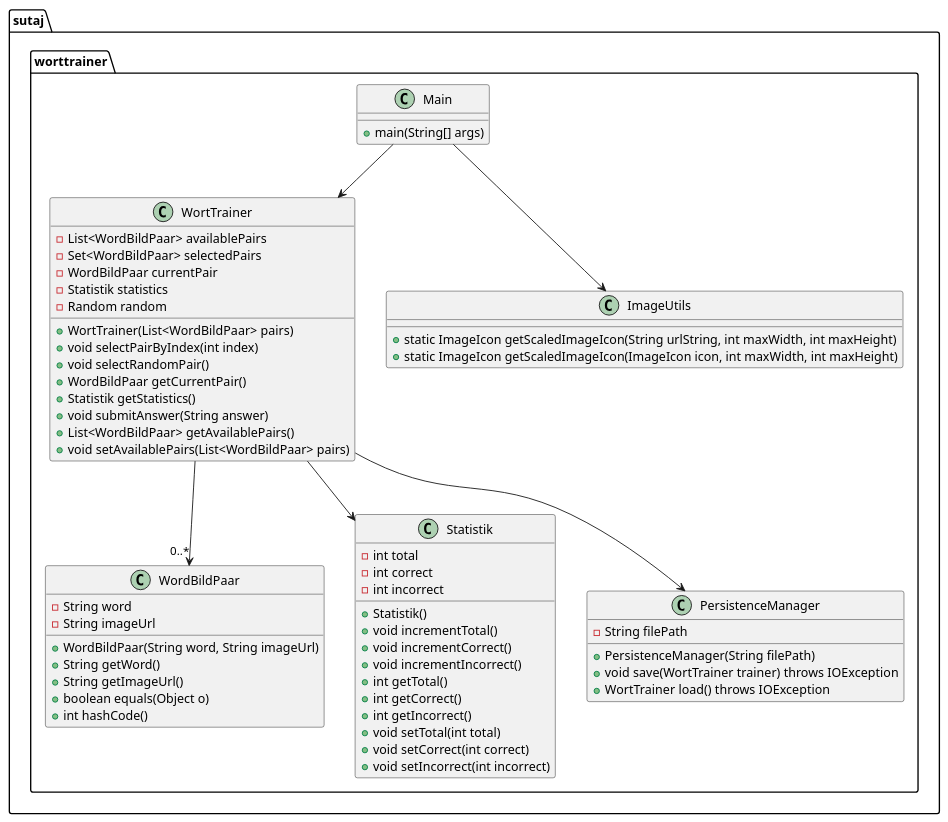
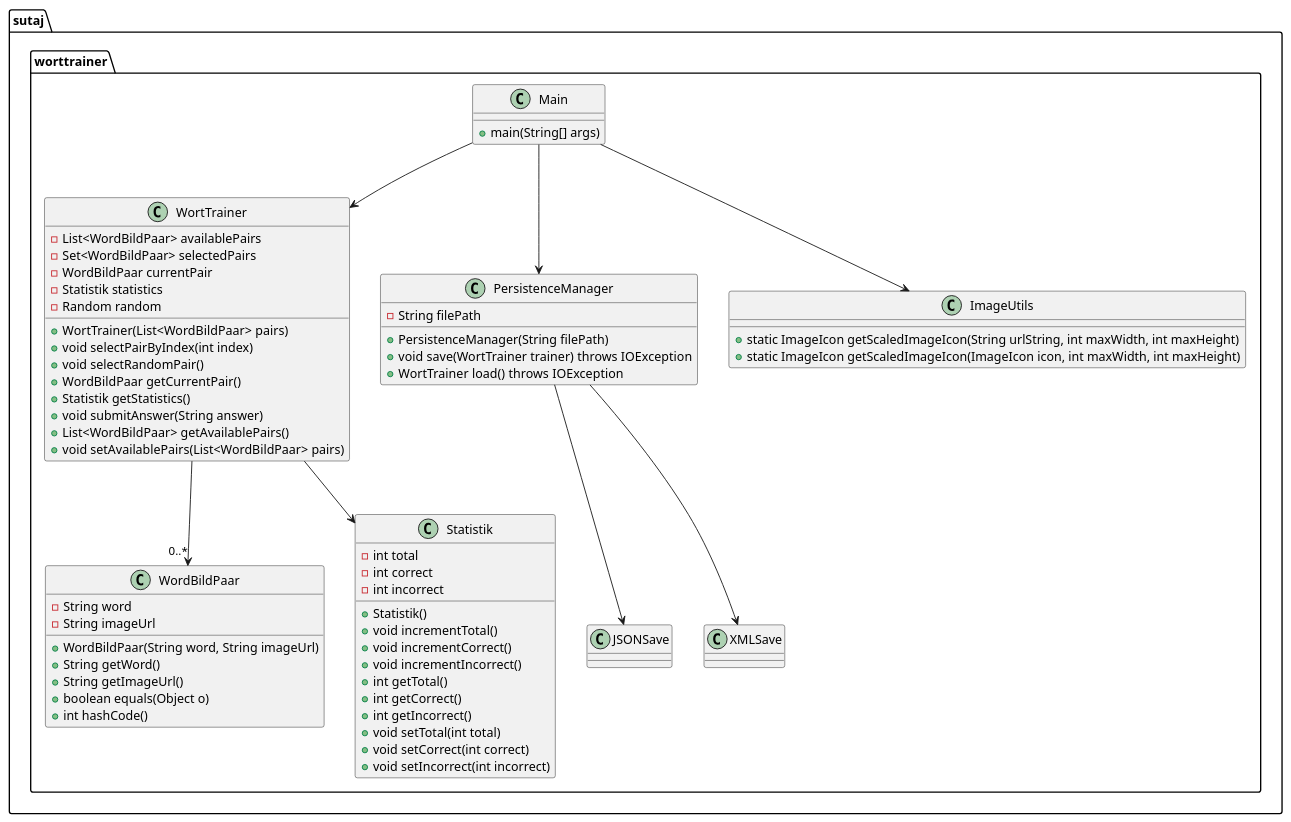
The diagram in uml.puml (TGM-HIT/sew9-2425-worttrainer-skeppter), drawn with PlantUML before and after one commit. The commit also changed 2 other files, not shown here.

Commit message:
Updated uml with possible strategy pattern

```diff
--- a/uml.puml
+++ b/uml.puml
@@ -1,70 +1,80 @@
 @startuml
 
 package "sutaj.worttrainer" {
     class Main {
         +main(String[] args)
     }
 
     class WortTrainer {
         - List<WordBildPaar> availablePairs
         - Set<WordBildPaar> selectedPairs
         - WordBildPaar currentPair
         - Statistik statistics
         - Random random
         + WortTrainer(List<WordBildPaar> pairs)
         + void selectPairByIndex(int index)
         + void selectRandomPair()
         + WordBildPaar getCurrentPair()
         + Statistik getStatistics()
         + void submitAnswer(String answer)
         + List<WordBildPaar> getAvailablePairs()
         + void setAvailablePairs(List<WordBildPaar> pairs)
     }
 
     class WordBildPaar {
         - String word
         - String imageUrl
         + WordBildPaar(String word, String imageUrl)
         + String getWord()
         + String getImageUrl()
         + boolean equals(Object o)
         + int hashCode()
     }
 
     class Statistik {
         - int total
         - int correct
         - int incorrect
         + Statistik()
         + void incrementTotal()
         + void incrementCorrect()
         + void incrementIncorrect()
         + int getTotal()
         + int getCorrect()
         + int getIncorrect()
         + void setTotal(int total)
         + void setCorrect(int correct)
         + void setIncorrect(int incorrect)
     }
 
     class PersistenceManager {
         - String filePath
         + PersistenceManager(String filePath)
         + void save(WortTrainer trainer) throws IOException
         + WortTrainer load() throws IOException
     }
 
     class ImageUtils {
         + static ImageIcon getScaledImageIcon(String urlString, int maxWidth, int maxHeight)
         + static ImageIcon getScaledImageIcon(ImageIcon icon, int maxWidth, int maxHeight)
     }
 
+    class JSONSave {
+
+    }
+    class XMLSave {
+
+    }
+
     ' Beziehungen
     Main --> WortTrainer
     Main --> ImageUtils
     WortTrainer --> "0..*" WordBildPaar
     WortTrainer --> Statistik
-    WortTrainer --> PersistenceManager
+    Main --> PersistenceManager
+    PersistenceManager --> JSONSave
+     PersistenceManager --> XMLSave
+
 }
 
 @enduml
```
